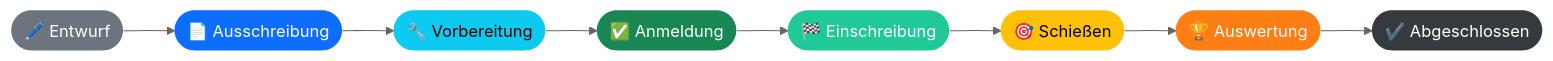
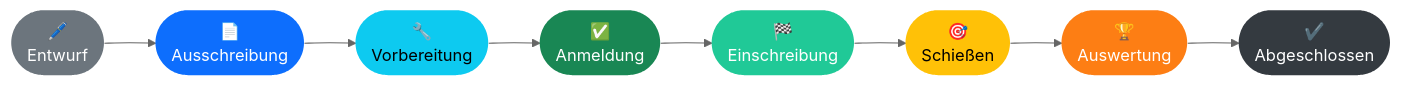
Before and after one commit to jenskaesler/bowtally: the diagram in README.md, drawn with Mermaid (neutral theme). The commit also changed other lines of this file and 12 other files, not shown here.

````diff
--- a/README.md
+++ b/README.md
@@ -22,19 +22,19 @@
 ```mermaid
 flowchart LR
-    A([🖊️ Entwurf]) --> B([📄 Ausschreibung])
-    B --> C([🔧 Vorbereitung])
-    C --> D([✅ Anmeldung])
-    D --> E([🏁 Einschreibung])
-    E --> F([🎯 Schießen])
-    F --> G([🏆 Auswertung])
-    G --> H([✔️ Abgeschlossen])
+    A([🖊️ <br> Entwurf]) --> B([📄 <br> Ausschreibung])
+    B --> C([🔧 <br> Vorbereitung])
+    C --> D([✅ <br> Anmeldung])
+    D --> E([🏁 <br> Einschreibung])
+    E --> F([🎯 <br> Schießen])
+    F --> G([🏆 <br> Auswertung])
+    G --> H([✔️ <br> Abgeschlossen])
 
     style A fill:#6c757d,color:#fff,stroke:none
     style B fill:#0d6efd,color:#fff,stroke:none
     style C fill:#0dcaf0,color:#000,stroke:none
     style D fill:#198754,color:#fff,stroke:none
     style E fill:#20c997,color:#fff,stroke:none
     style F fill:#ffc107,color:#000,stroke:none
     style G fill:#fd7e14,color:#fff,stroke:none
     style H fill:#343a40,color:#fff,stroke:none
 ```
````
